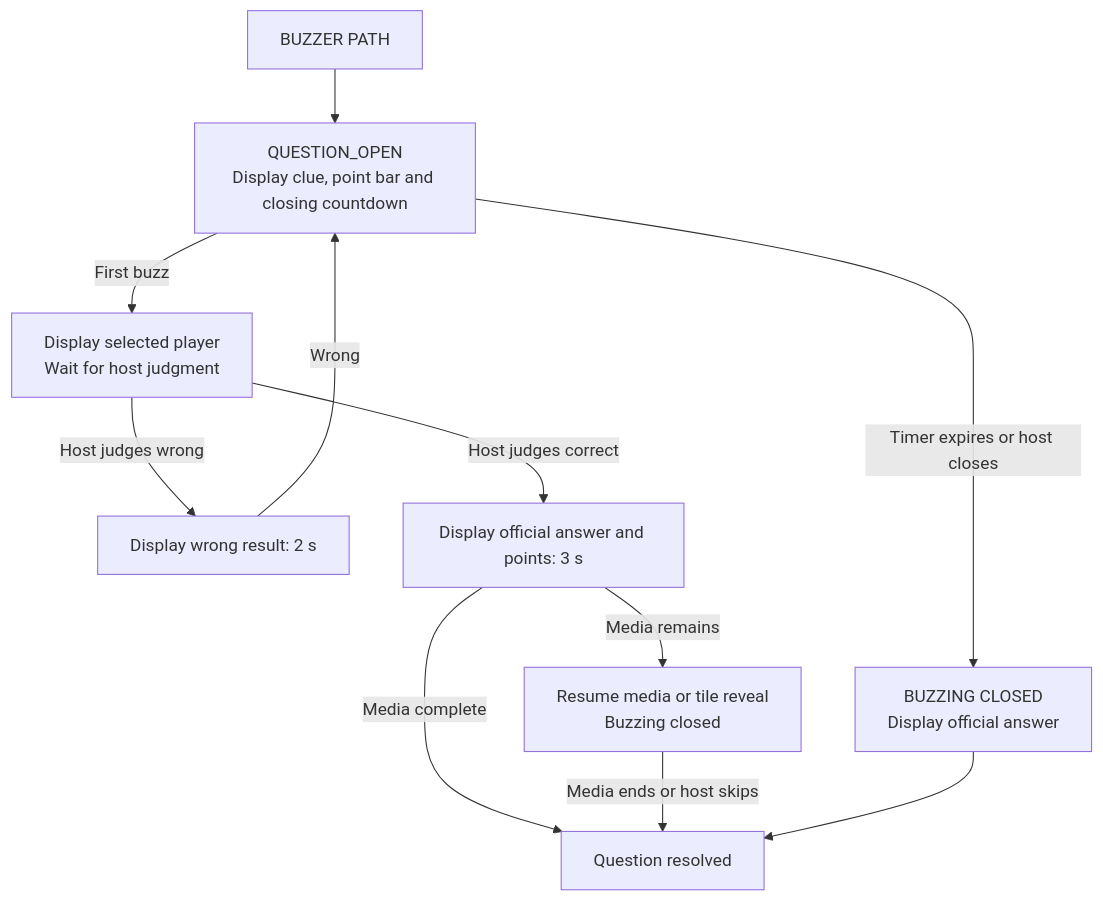
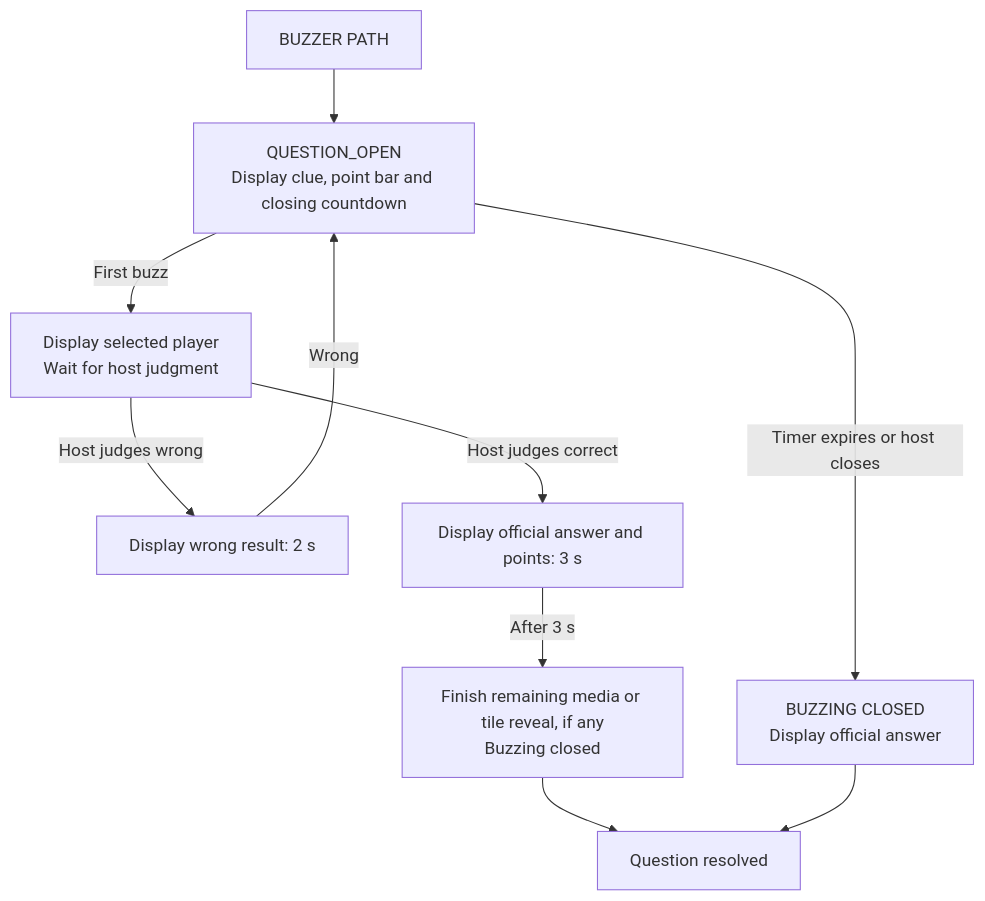
The second of 3 diagrams in QUIZ-LOGIC-OVERVIEW.md (JonnyTob/thebest-jeopardy), drawn with Mermaid before and after one commit.

Commit message:
fix: minir change in buzzer flow diagram

````diff
--- a/QUIZ-LOGIC-OVERVIEW.md
+++ b/QUIZ-LOGIC-OVERVIEW.md
@@ -71,13 +71,12 @@
 ```mermaid
 flowchart TD
     P[BUZZER PATH] --> O[QUESTION_OPEN<br/>Display clue, point bar and closing countdown]
     O -->|First buzz| A[Display selected player<br/>Wait for host judgment]
     A -->|Host judges wrong| B[Display wrong result: 2 s]
     B -->|Wrong| O
     A -->|Host judges correct| K[Display official answer and points: 3 s]
-    K -->|Media remains| M[Resume media or tile reveal<br/>Buzzing closed]
-    K -->|Media complete| D[Question resolved]
-    M -->|Media ends or host skips| D
+    K -->|After 3 s| M[Finish remaining media or tile reveal, if any<br/>Buzzing closed]
+    M --> D[Question resolved]
     O -->|Timer expires or host closes| C[BUZZING CLOSED<br/>Display official answer]
     C --> D
 ```
````
